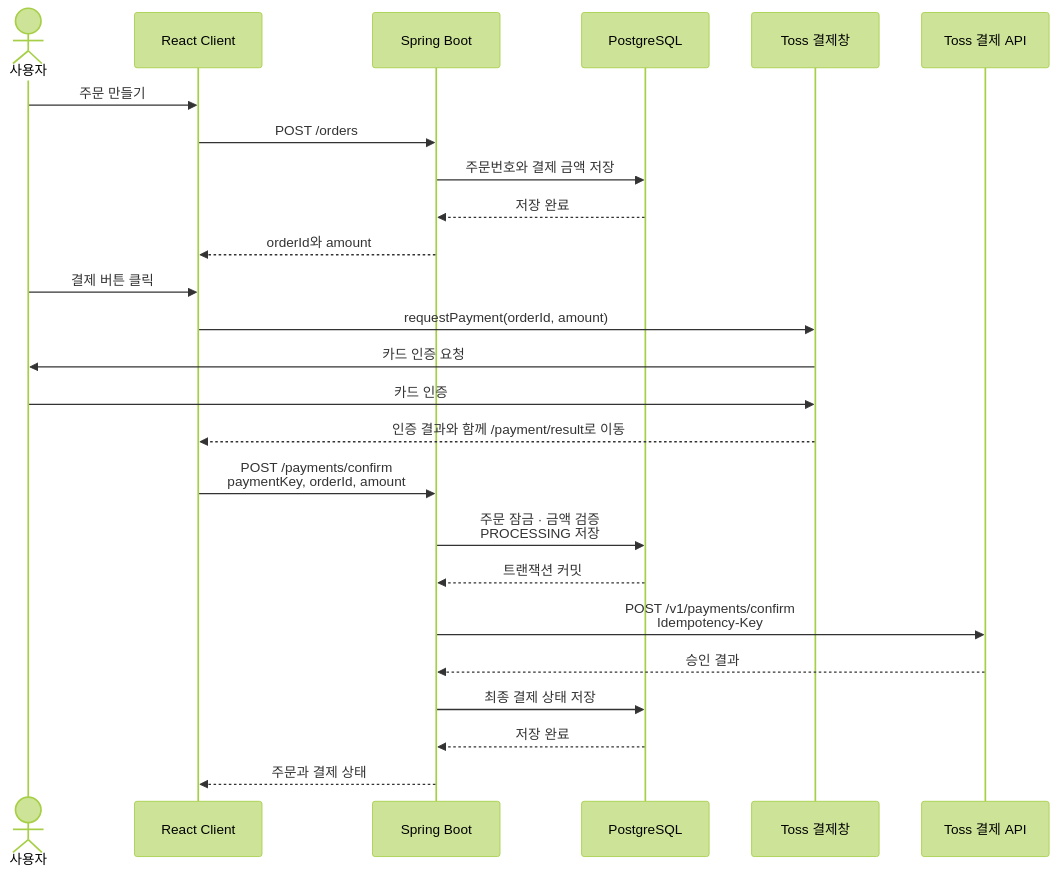
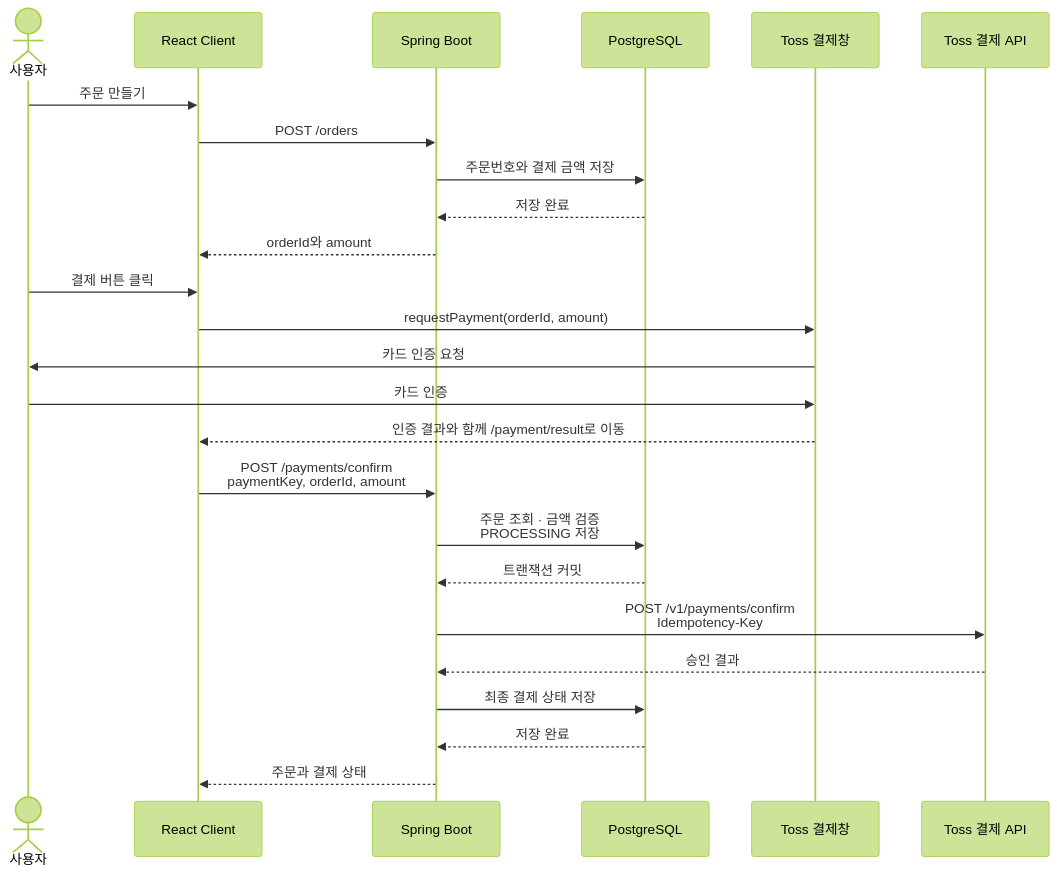
One commit to lee-gimoon/payment-service changed the second of 2 diagrams in README.md. Above: the diagram before and after it, drawn with Mermaid (forest theme). The commit also changed other lines of this file and 29 other files, not shown here.

Commit message:
refactor: simplify payment flow and database for learning

````diff
--- a/README.md
+++ b/README.md
@@ -69,30 +69,30 @@
 ```mermaid
 sequenceDiagram
     actor User as 사용자
     participant Client as React Client
     participant Server as Spring Boot
     participant DB as PostgreSQL
     participant Checkout as Toss 결제창
     participant Toss as Toss 결제 API
 
     User->>Client: 주문 만들기
     Client->>Server: POST /orders
     Server->>DB: 주문번호와 결제 금액 저장
     DB-->>Server: 저장 완료
     Server-->>Client: orderId와 amount
 
     User->>Client: 결제 버튼 클릭
     Client->>Checkout: requestPayment(orderId, amount)
     Checkout->>User: 카드 인증 요청
     User->>Checkout: 카드 인증
     Checkout-->>Client: 인증 결과와 함께 /payment/result로 이동
 
     Client->>Server: POST /payments/confirm<br/>paymentKey, orderId, amount
-    Server->>DB: 주문 잠금 · 금액 검증<br/>PROCESSING 저장
+    Server->>DB: 주문 조회 · 금액 검증<br/>PROCESSING 저장
     DB-->>Server: 트랜잭션 커밋
     Server->>Toss: POST /v1/payments/confirm<br/>Idempotency-Key
     Toss-->>Server: 승인 결과
     Server->>DB: 최종 결제 상태 저장
     DB-->>Server: 저장 완료
     Server-->>Client: 주문과 결제 상태
 ```
````
